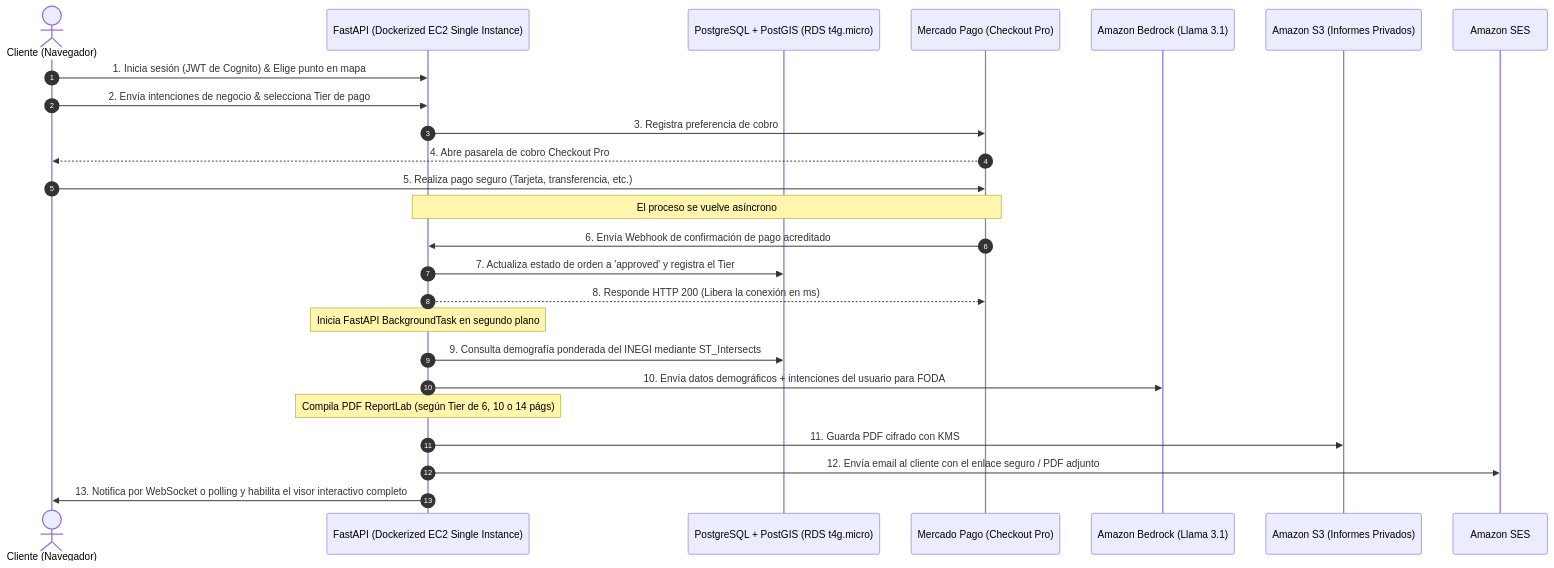
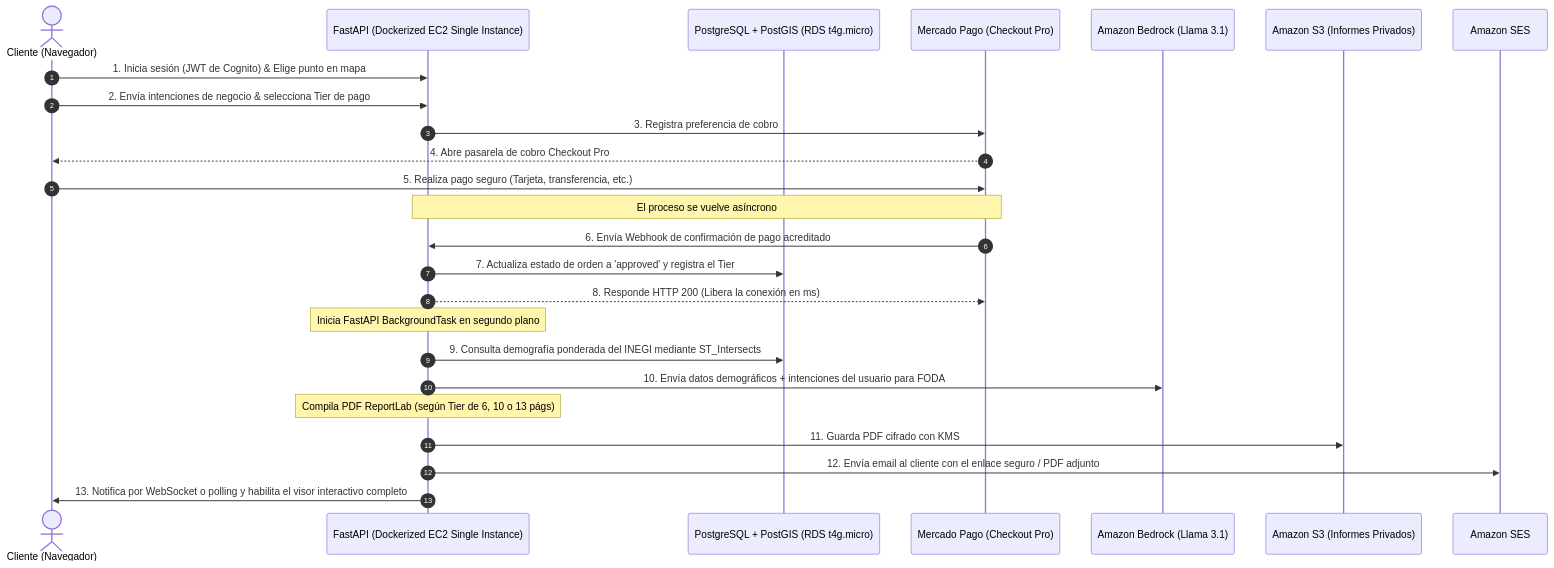
Before and after one commit to EmmanuelRR-data-science/viabilidad-negocios: the diagram in .kiro/specs/viabilidad-comercial/rfc-viabilidad-comercial.md, drawn with Mermaid. The commit also changed other lines of this file and 9 other files, not shown here.

````diff
--- a/.kiro/specs/viabilidad-comercial/rfc-viabilidad-comercial.md
+++ b/.kiro/specs/viabilidad-comercial/rfc-viabilidad-comercial.md
@@ -161,28 +161,28 @@
 ```mermaid
 sequenceDiagram
     autonumber
     actor Cliente as Cliente (Navegador)
     participant API as FastAPI (Dockerized EC2 Single Instance)
     participant DB as PostgreSQL + PostGIS (RDS t4g.micro)
     participant MP as Mercado Pago (Checkout Pro)
     participant LLM as Amazon Bedrock (Llama 3.1)
     participant S3 as Amazon S3 (Informes Privados)
     participant SES as Amazon SES
 
     Cliente->>API: 1. Inicia sesión (JWT de Cognito) & Elige punto en mapa
     Cliente->>API: 2. Envía intenciones de negocio & selecciona Tier de pago
     API->>MP: 3. Registra preferencia de cobro
     MP-->>Cliente: 4. Abre pasarela de cobro Checkout Pro
     Cliente->>MP: 5. Realiza pago seguro (Tarjeta, transferencia, etc.)
     Note over MP, API: El proceso se vuelve asíncrono
     MP->>API: 6. Envía Webhook de confirmación de pago acreditado
     API->>DB: 7. Actualiza estado de orden a 'approved' y registra el Tier
     API-->>MP: 8. Responde HTTP 200 (Libera la conexión en ms)
     Note over API: Inicia FastAPI BackgroundTask en segundo plano
     API->>DB: 9. Consulta demografía ponderada del INEGI mediante ST_Intersects
     API->>LLM: 10. Envía datos demográficos + intenciones del usuario para FODA
-    Note over API: Compila PDF ReportLab (según Tier de 6, 10 o 14 págs)
+    Note over API: Compila PDF ReportLab (según Tier de 6, 10 o 13 págs)
     API->>S3: 11. Guarda PDF cifrado con KMS
     API->>SES: 12. Envía email al cliente con el enlace seguro / PDF adjunto
     API->>Cliente: 13. Notifica por WebSocket o polling y habilita el visor interactivo completo
 ```
````
